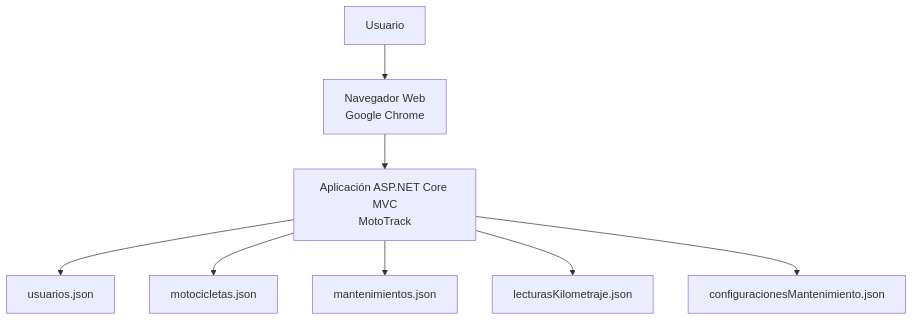
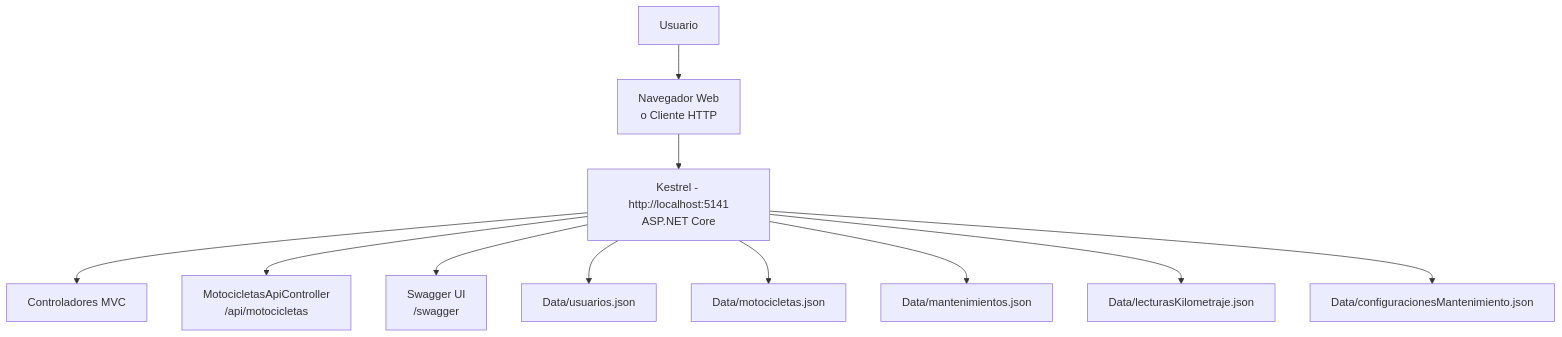
One commit to Dave2826/ArqSoft-S01-DavidMorales changed the diagram in docs/diagramas/vista-despliegue.md. Above: the diagram before and after it, drawn with Mermaid. The commit also changed other lines of this file and 4 other files, not shown here.

Commit message:
docs: correct ADR-02 views and synchronize diagrams with current architecture

````diff
--- a/docs/diagramas/vista-despliegue.md
+++ b/docs/diagramas/vista-despliegue.md
@@ -7,15 +7,19 @@
 ```mermaid
 flowchart TD
 
     U[Usuario]
 
-    U --> B[Navegador Web<br/>Google Chrome]
+    U --> B[Navegador Web<br/>o Cliente HTTP]
 
-    B --> S[Aplicación ASP.NET Core MVC<br/>MotoTrack]
+    B --> S[Kestrel - http://localhost:5141<br/>ASP.NET Core]
 
-    S --> J[usuarios.json]
-    S --> M[motocicletas.json]
-    S --> MA[mantenimientos.json]
-    S --> L[lecturasKilometraje.json]
-    S --> C[configuracionesMantenimiento.json]
+    S --> M1[Controladores MVC]
+    S --> M2[MotocicletasApiController<br/>/api/motocicletas]
+    S --> M3[Swagger UI<br/>/swagger]
+
+    S --> J1[Data/usuarios.json]
+    S --> J2[Data/motocicletas.json]
+    S --> J3[Data/mantenimientos.json]
+    S --> J4[Data/lecturasKilometraje.json]
+    S --> J5[Data/configuracionesMantenimiento.json]
 ```
````
